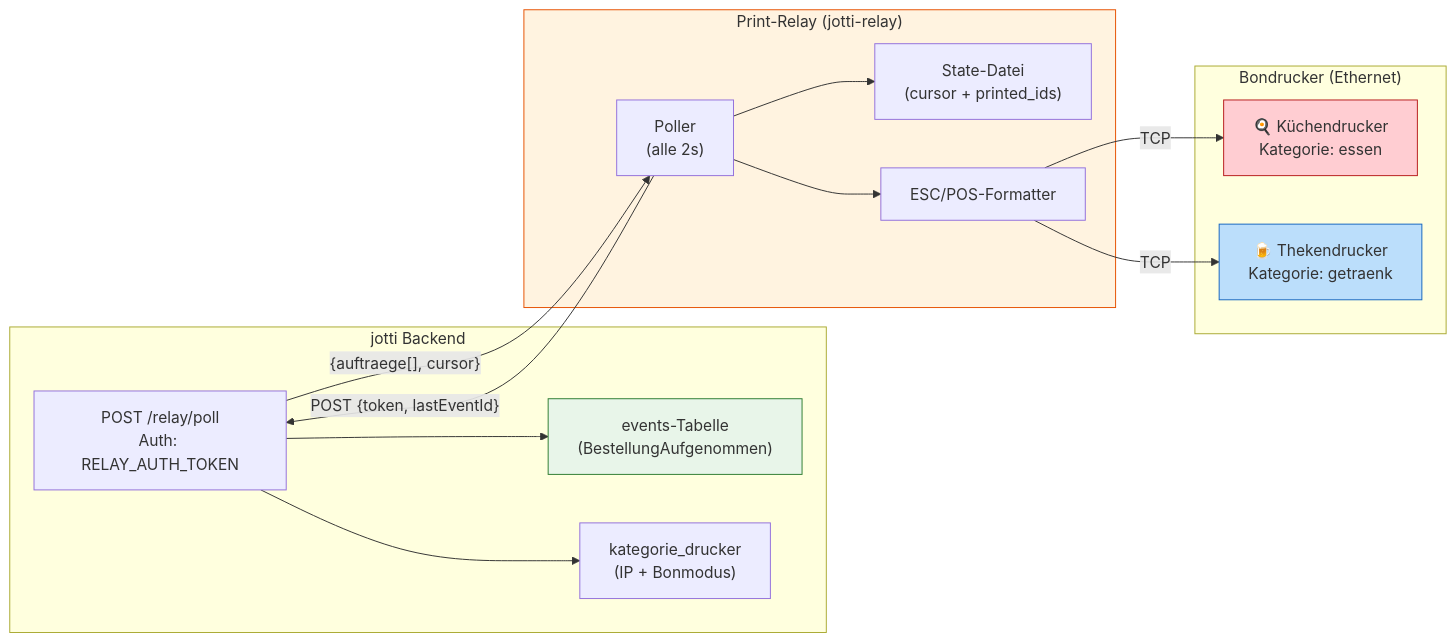
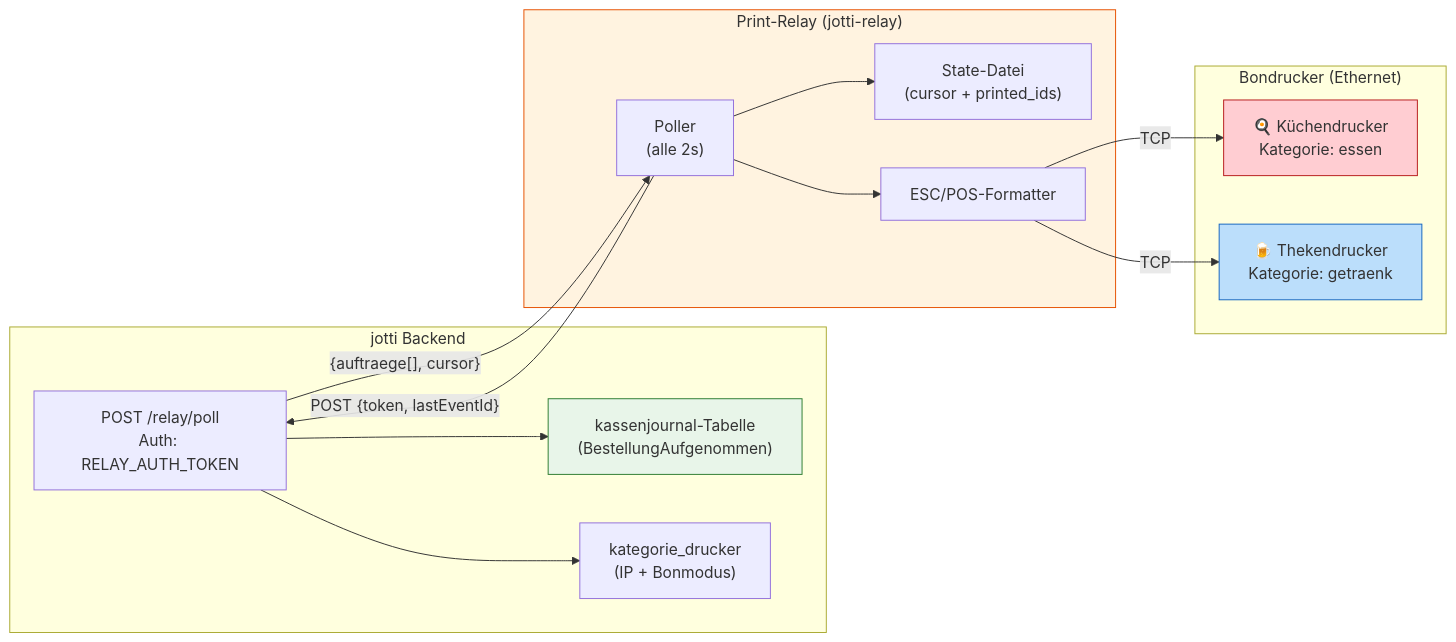
Diagram 14 of 19 in docs/diagrams.md (nicograef/jotti), drawn with Mermaid before and after one commit. The commit also changed other lines of this file and 16 other files, not shown here.

````diff
--- a/docs/diagrams.md
+++ b/docs/diagrams.md
@@ -577,33 +620,33 @@
 ```mermaid
 flowchart LR
     subgraph backend ["jotti Backend"]
-        EventStore["events-Tabelle<br/>(BestellungAufgenommen)"]
+        EventStore["kassenjournal-Tabelle<br/>(BestellungAufgenommen)"]
         KatDrucker["kategorie_drucker<br/>(IP + Bonmodus)"]
         PollEndpoint["POST /relay/poll<br/>Auth: RELAY_AUTH_TOKEN"]
     end
 
     subgraph relay ["Print-Relay (jotti-relay)"]
         Poller["Poller<br/>(alle 2s)"]
         State["State-Datei<br/>(cursor + printed_ids)"]
         ESCPos["ESC/POS-Formatter"]
     end
 
     subgraph drucker ["Bondrucker (Ethernet)"]
         Küche["🍳 Küchendrucker<br/>Kategorie: essen"]
         Theke["🍺 Thekendrucker<br/>Kategorie: getraenk"]
     end
 
     Poller -->|"POST {token, lastEventId}"| PollEndpoint
     PollEndpoint --> EventStore
     PollEndpoint --> KatDrucker
     PollEndpoint -->|"{auftraege[], cursor}"| Poller
     Poller --> ESCPos
     Poller --> State
     ESCPos -->|"TCP"| Küche
     ESCPos -->|"TCP"| Theke
 
     style EventStore fill:#e8f5e9,stroke:#2e7d32
     style relay fill:#fff3e0,stroke:#e65100
     style Küche fill:#ffcdd2,stroke:#b71c1c
     style Theke fill:#bbdefb,stroke:#1565c0
 ```
````
